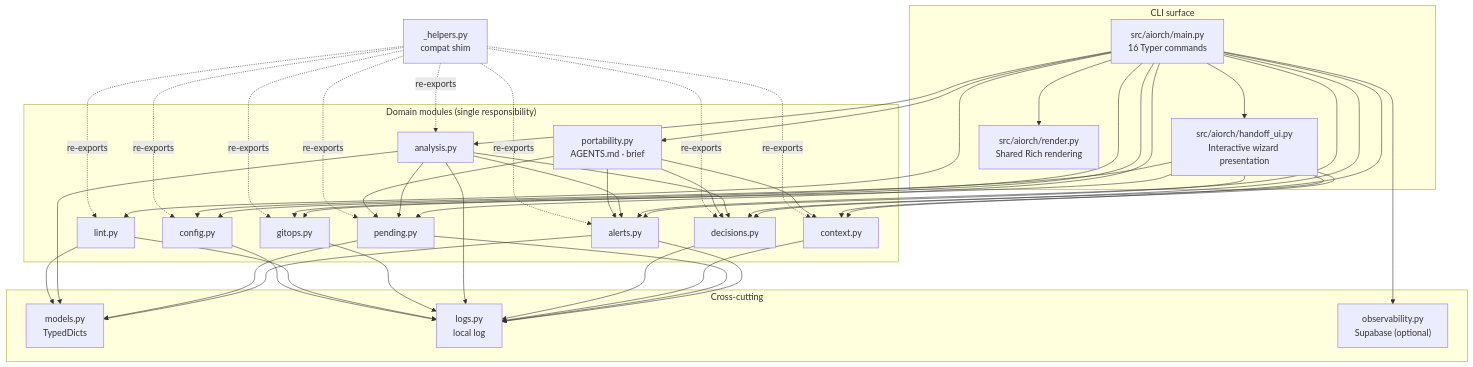
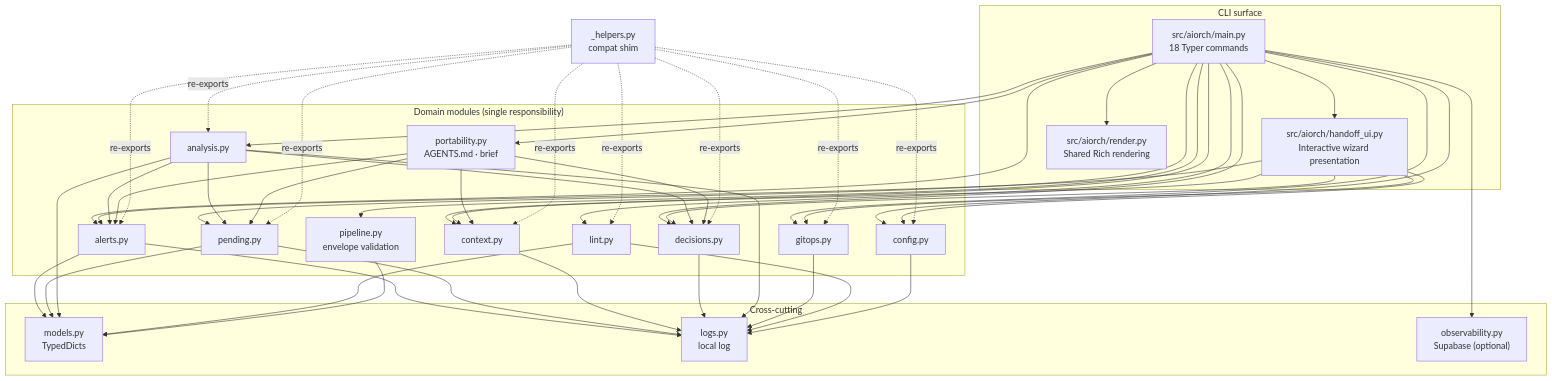
The first of 3 diagrams in docs/AI_ARCHITECTURE.md (Darkjor/ai-orchestrator), drawn with Mermaid before and after one commit. The commit also changed other lines of this file and 12 other files, not shown here.

````diff
--- a/docs/AI_ARCHITECTURE.md
+++ b/docs/AI_ARCHITECTURE.md
@@ -76,35 +79,36 @@
 ```mermaid
 graph TD
     subgraph "CLI surface"
-        MAIN["src/aiorch/main.py<br/>16 Typer commands"]
+        MAIN["src/aiorch/main.py<br/>18 Typer commands"]
         HANDOFF_UI["src/aiorch/handoff_ui.py<br/>Interactive wizard presentation"]
         RENDER["src/aiorch/render.py<br/>Shared Rich rendering"]
     end
     subgraph "Domain modules (single responsibility)"
         ALERTS["alerts.py"]
         PENDING["pending.py"]
         CONTEXT["context.py"]
         DECISIONS["decisions.py"]
         ANALYSIS["analysis.py"]
         PORT["portability.py<br/>AGENTS.md · brief"]
+        PIPE["pipeline.py<br/>envelope validation"]
         GITOPS["gitops.py"]
         LINT["lint.py"]
         CONFIG["config.py"]
     end
     subgraph "Cross-cutting"
         MODELS["models.py<br/>TypedDicts"]
         LOGS["logs.py<br/>local log"]
         OBS["observability.py<br/>Supabase (optional)"]
     end
     SHIM["_helpers.py<br/>compat shim"]
 
-    MAIN --> HANDOFF_UI & RENDER & PORT
+    MAIN --> HANDOFF_UI & RENDER & PORT & PIPE
     MAIN --> ALERTS & PENDING & CONTEXT & DECISIONS & ANALYSIS & GITOPS & LINT & CONFIG
     MAIN --> OBS
     HANDOFF_UI --> CONTEXT & ALERTS & DECISIONS & GITOPS & CONFIG
     ANALYSIS --> ALERTS & PENDING & DECISIONS
     PORT --> ALERTS & PENDING & DECISIONS & CONTEXT
     ALERTS & PENDING & CONTEXT & DECISIONS & ANALYSIS & GITOPS & LINT & CONFIG --> LOGS
-    ALERTS & PENDING & ANALYSIS & LINT --> MODELS
+    ALERTS & PENDING & ANALYSIS & LINT & PIPE --> MODELS
     SHIM -.re-exports.-> ALERTS & PENDING & CONTEXT & DECISIONS & ANALYSIS & GITOPS & LINT & CONFIG
 ```
````
